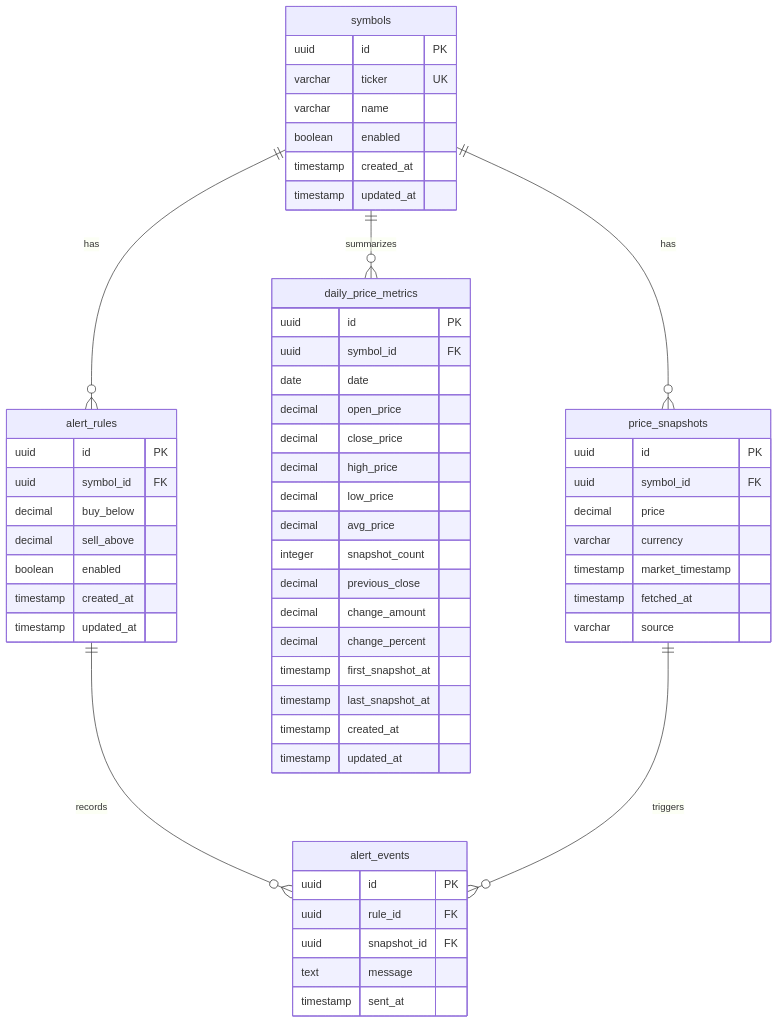
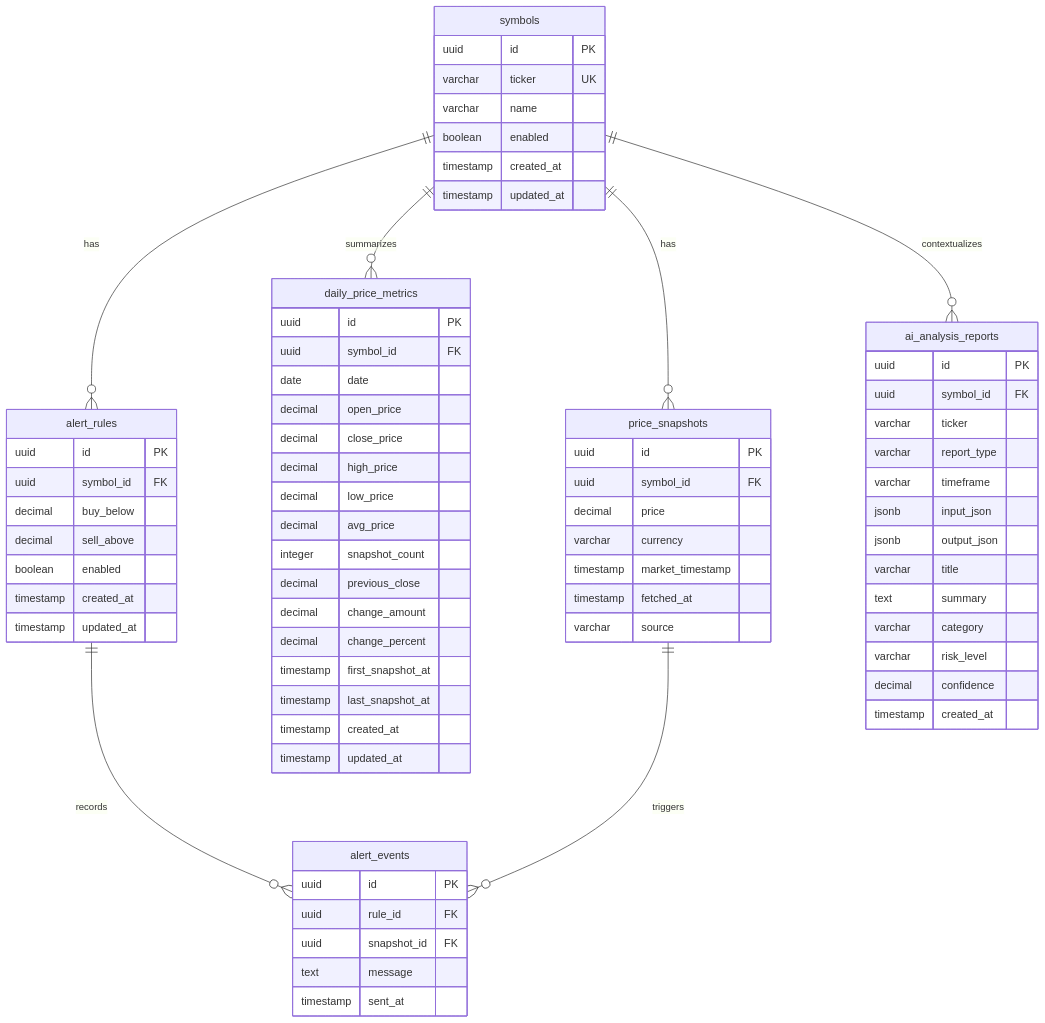
The diagram in schema.md (DudeInTheWood/stocky-service), drawn with Mermaid before and after one commit. The commit also changed other lines of this file and 2 other files, not shown here.

Commit message:
Update docs for AI analysis worker

````diff
--- a/schema.md
+++ b/schema.md
@@ -30,64 +32,81 @@
 ```mermaid
 erDiagram
   symbols ||--o{ price_snapshots : has
   symbols ||--o{ daily_price_metrics : summarizes
   symbols ||--o{ alert_rules : has
+  symbols ||--o{ ai_analysis_reports : contextualizes
   alert_rules ||--o{ alert_events : records
   price_snapshots ||--o{ alert_events : triggers
 
   symbols {
     uuid id PK
     varchar ticker UK
     varchar name
     boolean enabled
     timestamp created_at
     timestamp updated_at
   }
 
   price_snapshots {
     uuid id PK
     uuid symbol_id FK
     decimal price
     varchar currency
     timestamp market_timestamp
     timestamp fetched_at
     varchar source
   }
 
   daily_price_metrics {
     uuid id PK
     uuid symbol_id FK
     date date
     decimal open_price
     decimal close_price
     decimal high_price
     decimal low_price
     decimal avg_price
     integer snapshot_count
     decimal previous_close
     decimal change_amount
     decimal change_percent
     timestamp first_snapshot_at
     timestamp last_snapshot_at
     timestamp created_at
     timestamp updated_at
   }
 
   alert_rules {
     uuid id PK
     uuid symbol_id FK
     decimal buy_below
     decimal sell_above
     boolean enabled
     timestamp created_at
     timestamp updated_at
   }
 
   alert_events {
     uuid id PK
     uuid rule_id FK
     uuid snapshot_id FK
     text message
     timestamp sent_at
   }
+
+  ai_analysis_reports {
+    uuid id PK
+    uuid symbol_id FK
+    varchar ticker
+    varchar report_type
+    varchar timeframe
+    jsonb input_json
+    jsonb output_json
+    varchar title
+    text summary
+    varchar category
+    varchar risk_level
+    decimal confidence
+    timestamp created_at
+  }
 ```
````
